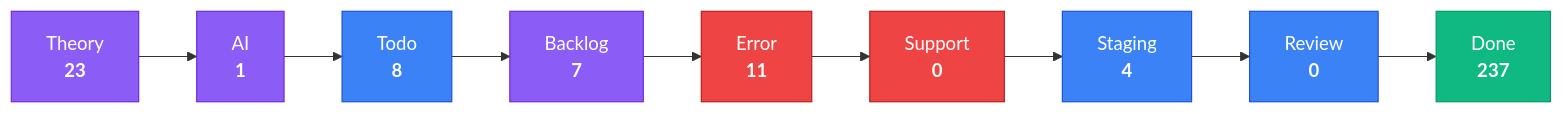
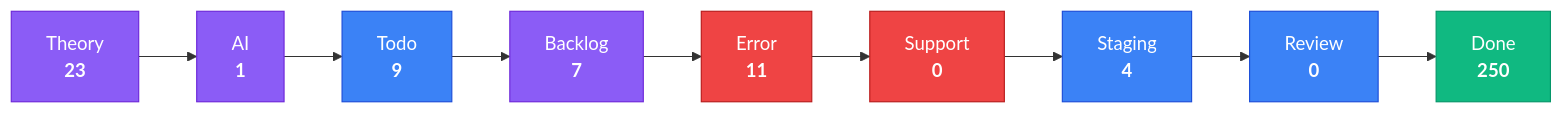
Before and after one commit to KBVE/kbve: the third of 4 diagrams in apps/kbve/astro-kbve/src/content/docs/dashboard/kanban-data.mdx, drawn with Mermaid. The commit also changed other lines of this file and 8 other files, not shown here.

````diff
--- a/apps/kbve/astro-kbve/src/content/docs/dashboard/kanban-data.mdx
+++ b/apps/kbve/astro-kbve/src/content/docs/dashboard/kanban-data.mdx
@@ -79,28 +79,28 @@
 ```mermaid
 flowchart LR
     classDef planning fill:#8b5cf6,stroke:#6d28d9,color:#fff
     classDef active fill:#3b82f6,stroke:#1d4ed8,color:#fff
     classDef blocked fill:#ef4444,stroke:#b91c1c,color:#fff
     classDef done fill:#10b981,stroke:#059669,color:#fff
     Theory["Theory<br/><strong>23</strong>"]
     Theory --> AI
     AI["AI<br/><strong>1</strong>"]
     AI --> Todo
-    Todo["Todo<br/><strong>8</strong>"]
+    Todo["Todo<br/><strong>9</strong>"]
     Todo --> Backlog
     Backlog["Backlog<br/><strong>7</strong>"]
     Backlog --> Error
     Error["Error<br/><strong>11</strong>"]
     Error --> Support
     Support["Support<br/><strong>0</strong>"]
     Support --> Staging
     Staging["Staging<br/><strong>4</strong>"]
     Staging --> Review
     Review["Review<br/><strong>0</strong>"]
     Review --> Done
-    Done["Done<br/><strong>237</strong>"]
+    Done["Done<br/><strong>250</strong>"]
     class Theory,AI,Backlog planning
     class Todo,Staging,Review active
     class Error,Support blocked
     class Done done
 ```
````
